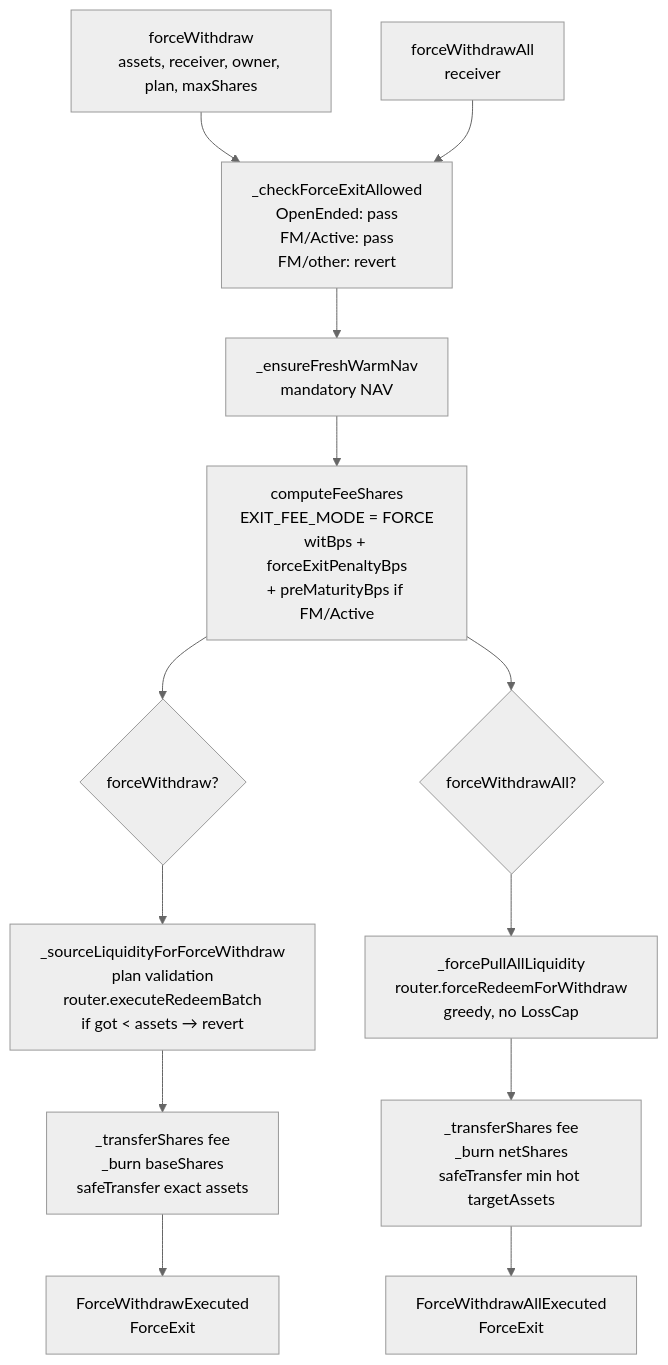
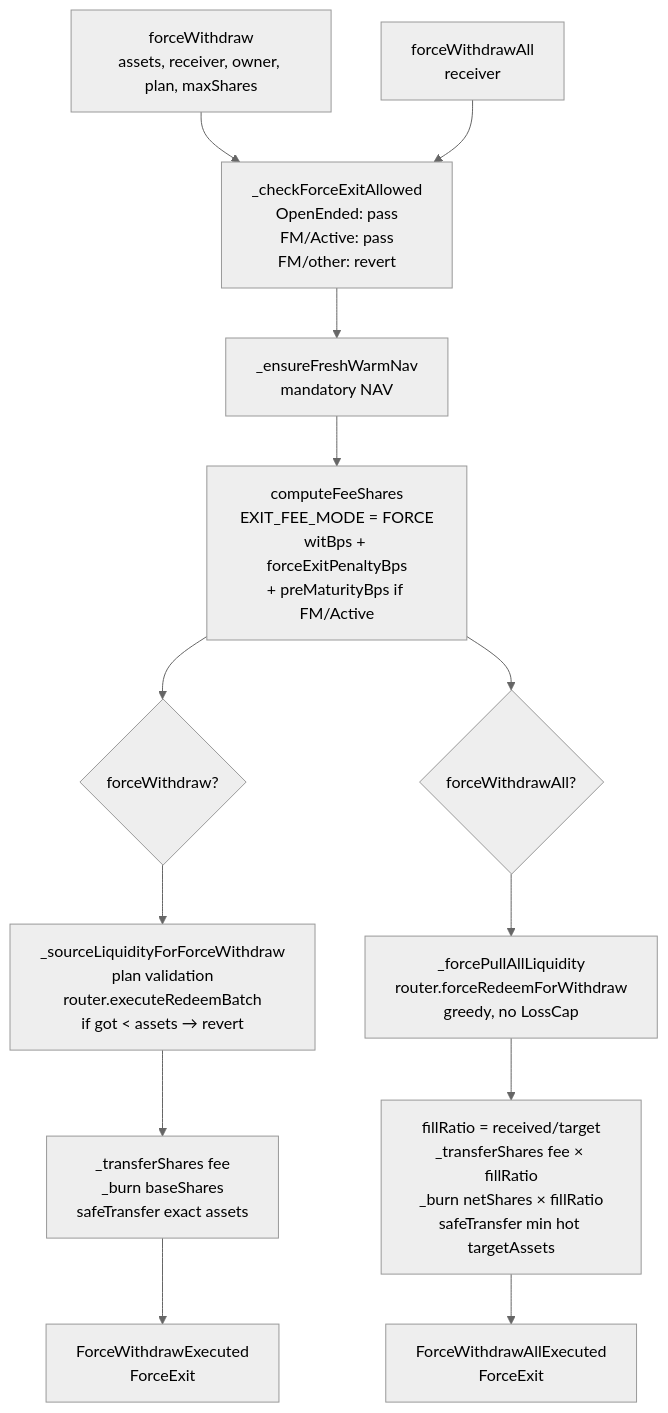
Before and after one commit to Multyr/multyr-core: the first of 2 diagrams in docs/force-exit.md, drawn with Mermaid (neutral theme). The commit also changed other lines of this file and 50 other files, not shown here.

````diff
--- a/docs/force-exit.md
+++ b/docs/force-exit.md
@@ -67,20 +67,20 @@
 ```mermaid
 flowchart TD
     U1[forceWithdraw\nassets, receiver, owner, plan, maxShares] --> GATE[_checkForceExitAllowed\nOpenEnded: pass\nFM/Active: pass\nFM/other: revert]
     U2[forceWithdrawAll\nreceiver] --> GATE
 
     GATE --> NAV[_ensureFreshWarmNav\nmandatory NAV]
     NAV --> FEE[computeFeeShares\nEXIT_FEE_MODE = FORCE\nwitBps + forceExitPenaltyBps\n+ preMaturityBps if FM/Active]
 
     FEE --> SRC1{forceWithdraw?}
     FEE --> SRC2{forceWithdrawAll?}
 
     SRC1 --> PLAN[_sourceLiquidityForForceWithdraw\nplan validation\nrouter.executeRedeemBatch\nif got < assets → revert]
     SRC2 --> PULL[_forcePullAllLiquidity\nrouter.forceRedeemForWithdraw\ngreedy, no LossCap]
 
     PLAN --> TRANSFER[_transferShares fee\n_burn baseShares\nsafeTransfer exact assets]
-    PULL --> TRANSFER2[_transferShares fee\n_burn netShares\nsafeTransfer min hot targetAssets]
+    PULL --> TRANSFER2[fillRatio = received/target\n_transferShares fee × fillRatio\n_burn netShares × fillRatio\nsafeTransfer min hot targetAssets]
 
     TRANSFER --> EVENTS[ForceWithdrawExecuted\nForceExit]
     TRANSFER2 --> EVENTS2[ForceWithdrawAllExecuted\nForceExit]
 ```
````
